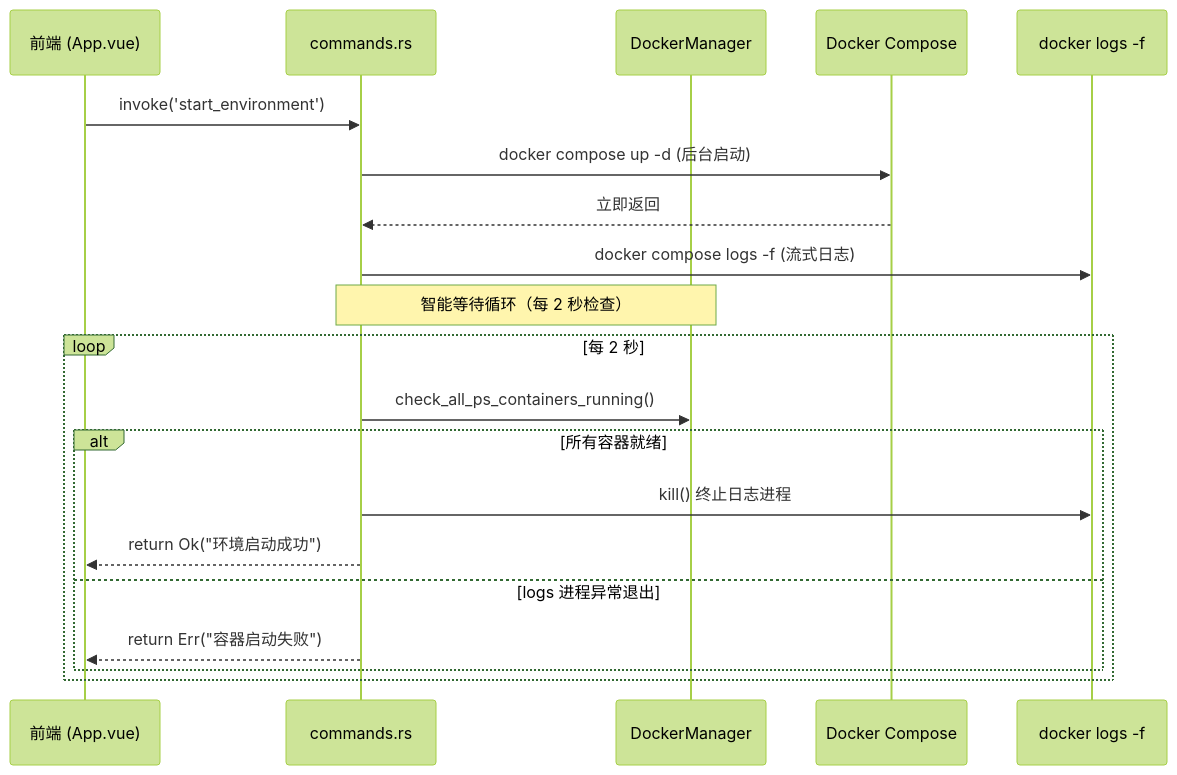
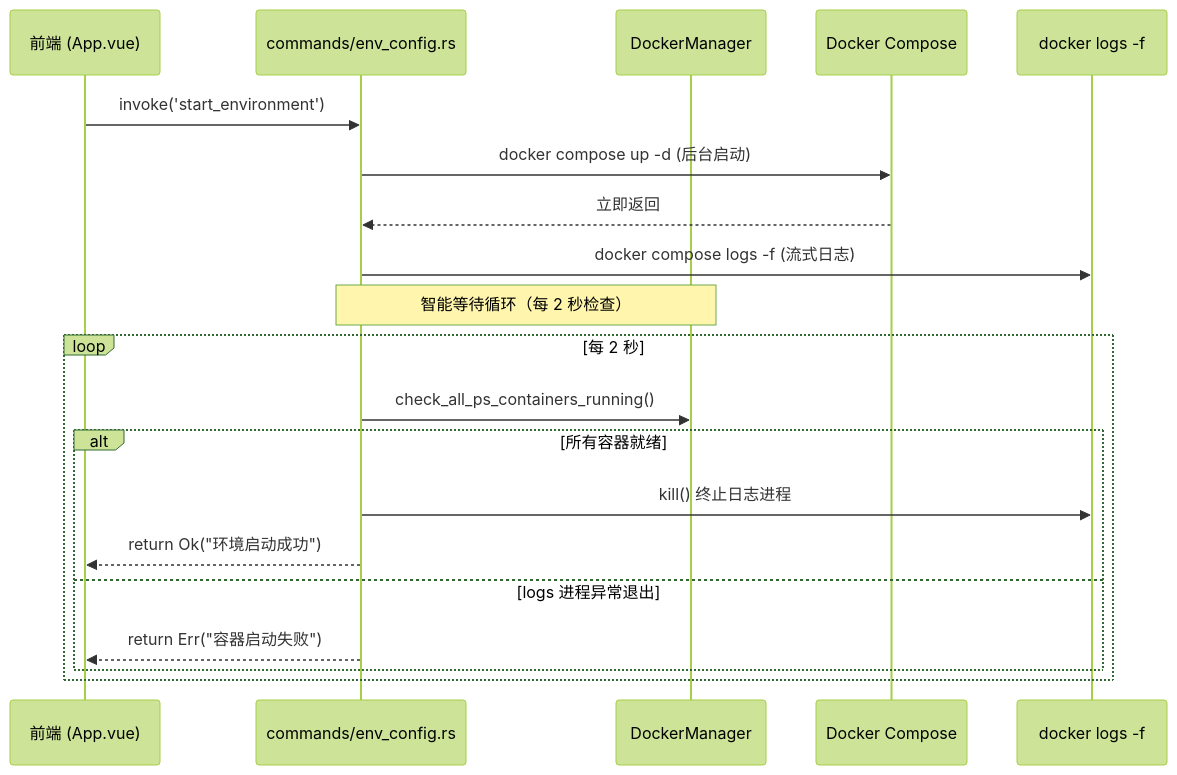
One commit to jeeinn/php-stack changed the third of 3 diagrams in doc/architecture/LOGGING.md. Above: the diagram before and after it, drawn with Mermaid (forest theme). The commit also changed other lines of this file and 10 other files, not shown here.

````diff
--- a/doc/architecture/LOGGING.md
+++ b/doc/architecture/LOGGING.md
@@ -143,24 +143,24 @@
 ```mermaid
 sequenceDiagram
     participant FE as 前端 (App.vue)
-    participant CMD as commands.rs
+    participant CMD as commands/env_config.rs
     participant DM as DockerManager
     participant DC as Docker Compose
     participant LOGS as docker logs -f
 
     FE->>CMD: invoke('start_environment')
     CMD->>DC: docker compose up -d (后台启动)
     DC-->>CMD: 立即返回
     CMD->>LOGS: docker compose logs -f (流式日志)
     
     Note over CMD,DM: 智能等待循环（每 2 秒检查）
     loop 每 2 秒
         CMD->>DM: check_all_ps_containers_running()
         alt 所有容器就绪
             CMD->>LOGS: kill() 终止日志进程
             CMD-->>FE: return Ok("环境启动成功")
         else logs 进程异常退出
             CMD-->>FE: return Err("容器启动失败")
         end
     end
 ```
````
